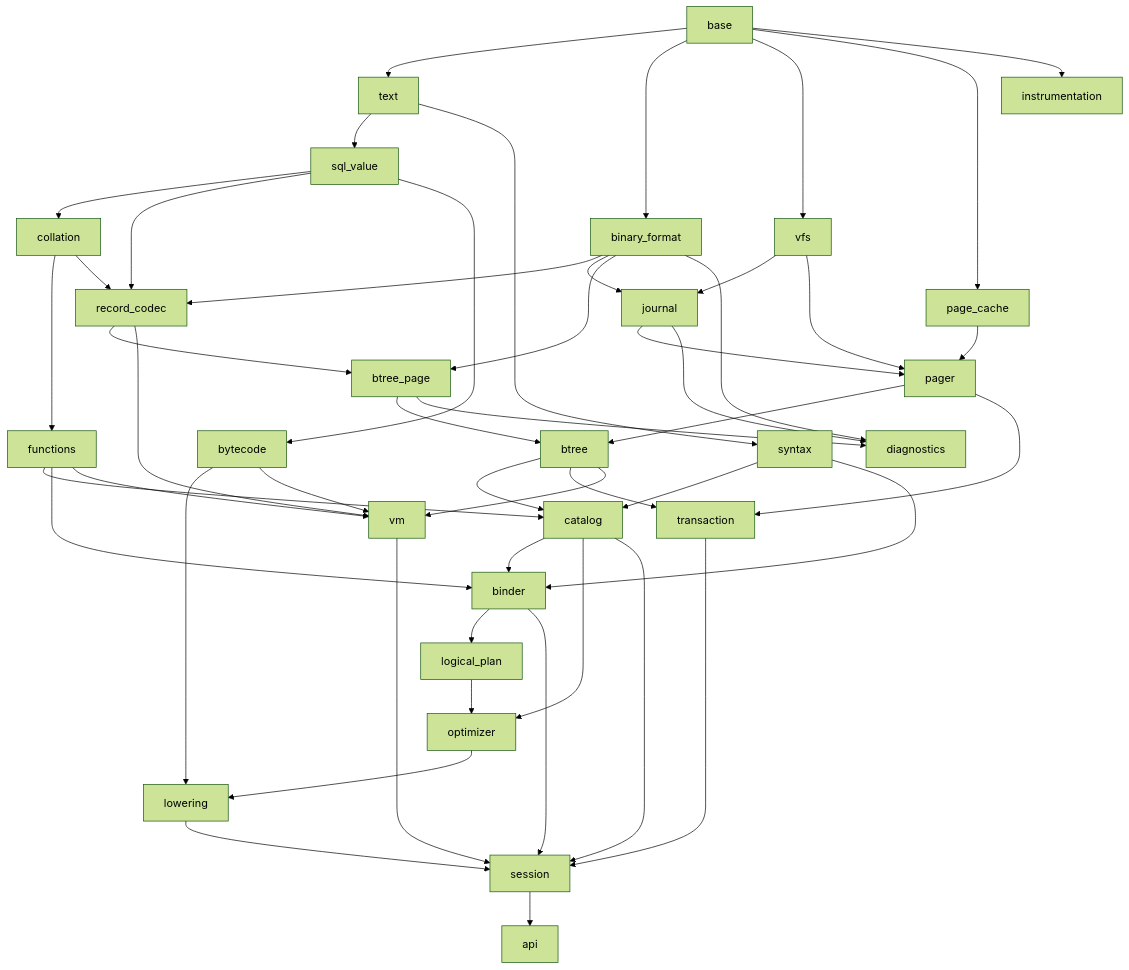
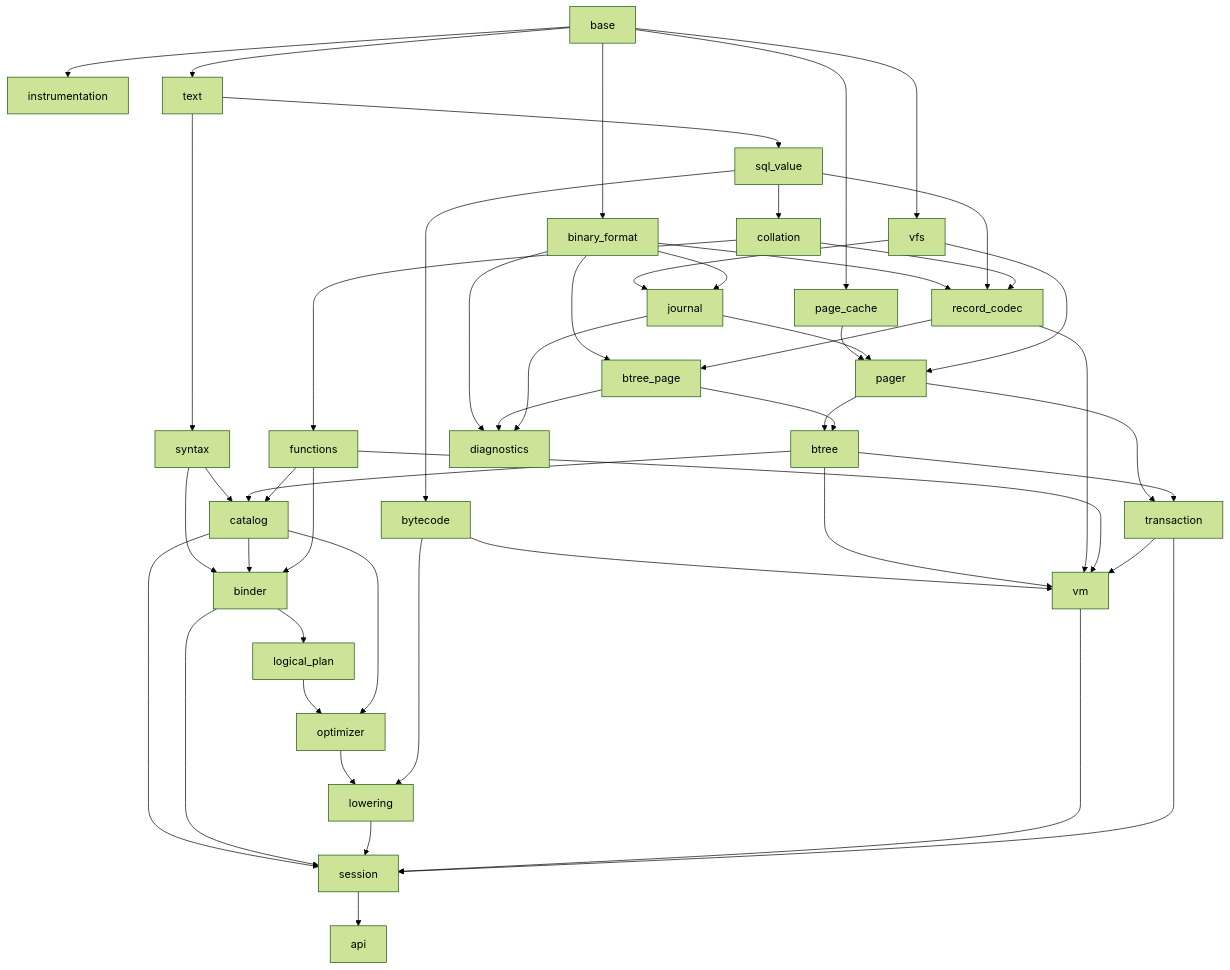
The diagram in docs/architecture.md (algorithm-apprentice/modern-sqlite), drawn with Mermaid (forest theme) before and after one commit. The commit also changed other lines of this file and 26 other files, not shown here.

````diff
--- a/docs/architecture.md
+++ b/docs/architecture.md
@@ -186,78 +186,79 @@
 ```mermaid
 flowchart TD
   BASE[base]
   INSTRUMENTATION[instrumentation]
   TEXT[text]
   VALUE[sql_value]
   COLLATION[collation]
   FUNCTIONS[functions]
   FORMAT[binary_format]
   RECORD[record_codec]
   PLATFORM[vfs]
   CACHE[page_cache]
   JOURNAL[journal]
   PAGER[pager]
   BTREE_PAGE[btree_page]
   BTREE[btree]
   SYNTAX[syntax]
   CATALOG[catalog]
   BYTECODE[bytecode]
   BINDER[binder]
   LOGICAL[logical_plan]
   OPTIMIZER[optimizer]
   LOWERING[lowering]
   TRANSACTION[transaction]
   VM[vm]
   SESSION[session]
   API[api]
   DIAGNOSTICS[diagnostics]
 
   BASE --> TEXT
   BASE --> FORMAT
   BASE --> PLATFORM
   BASE --> CACHE
   BASE --> INSTRUMENTATION
   TEXT --> VALUE
   VALUE --> COLLATION
   COLLATION --> FUNCTIONS
   FORMAT --> RECORD
   VALUE --> RECORD
   COLLATION --> RECORD
   PLATFORM --> JOURNAL
   FORMAT --> JOURNAL
   CACHE --> PAGER
   JOURNAL --> PAGER
   PLATFORM --> PAGER
   FORMAT --> BTREE_PAGE
   RECORD --> BTREE_PAGE
   PAGER --> BTREE
   BTREE_PAGE --> BTREE
   TEXT --> SYNTAX
   SYNTAX --> CATALOG
   BTREE --> CATALOG
   FUNCTIONS --> CATALOG
   VALUE --> BYTECODE
   SYNTAX --> BINDER
   CATALOG --> BINDER
   FUNCTIONS --> BINDER
   BINDER --> LOGICAL
   LOGICAL --> OPTIMIZER
   CATALOG --> OPTIMIZER
   OPTIMIZER --> LOWERING
   BYTECODE --> LOWERING
   PAGER --> TRANSACTION
   BTREE --> TRANSACTION
   BYTECODE --> VM
   BTREE --> VM
   RECORD --> VM
   FUNCTIONS --> VM
+  TRANSACTION --> VM
   CATALOG --> SESSION
   BINDER --> SESSION
   LOWERING --> SESSION
   VM --> SESSION
   TRANSACTION --> SESSION
   SESSION --> API
   FORMAT --> DIAGNOSTICS
   BTREE_PAGE --> DIAGNOSTICS
   JOURNAL --> DIAGNOSTICS
 ```
````
